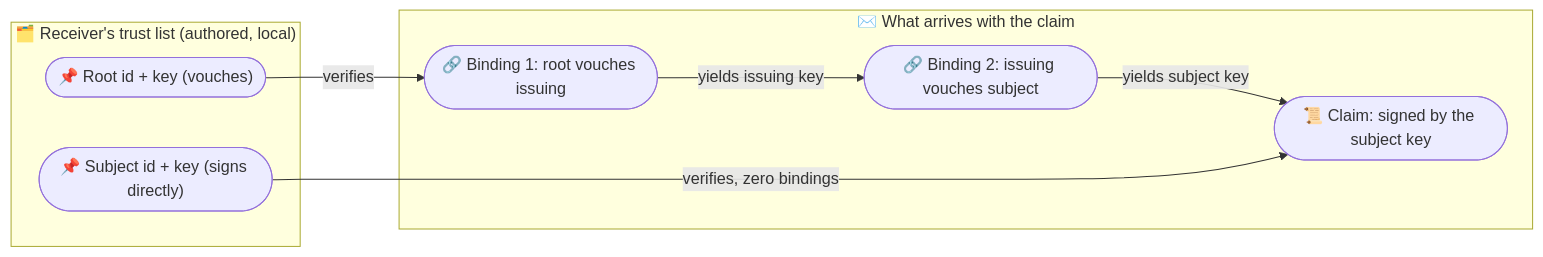
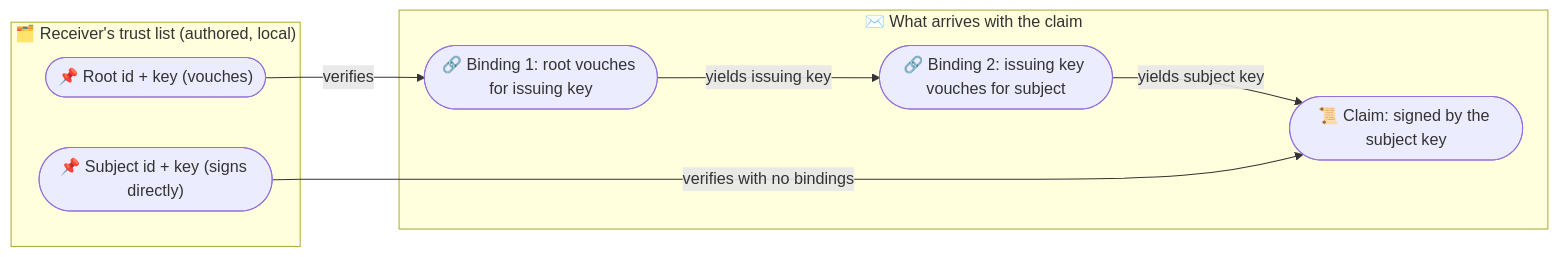
Before and after one commit to ByteTerrace/Puck: the first of 2 diagrams in src/Puck.Carriage/README.md, drawn with Mermaid. The commit also changed other lines of this file and 12 other files, not shown here.

````diff
--- a/src/Puck.Carriage/README.md
+++ b/src/Puck.Carriage/README.md
@@ -48,16 +54,16 @@
 ```mermaid
 graph LR
     subgraph Trust ["🗂️ Receiver's trust list (authored, local)"]
         Root(["📌 Root id + key (vouches)"])
         Direct(["📌 Subject id + key (signs directly)"])
     end
     subgraph Arrives ["✉️ What arrives with the claim"]
-        B1(["🔗 Binding 1: root vouches issuing"])
-        B2(["🔗 Binding 2: issuing vouches subject"])
+        B1(["🔗 Binding 1: root vouches for issuing key"])
+        B2(["🔗 Binding 2: issuing key vouches for subject"])
         Claim(["📜 Claim: signed by the subject key"])
     end
     Root -->|verifies| B1
     B1 -->|yields issuing key| B2
     B2 -->|yields subject key| Claim
-    Direct -->|verifies, zero bindings| Claim
+    Direct -->|verifies with no bindings| Claim
 ```
````
